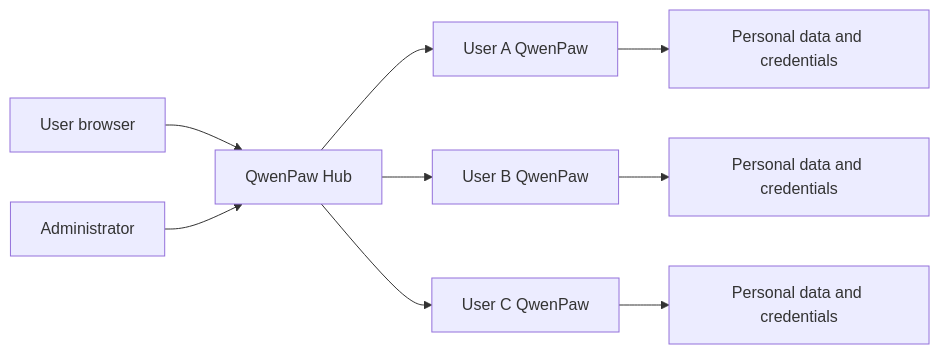
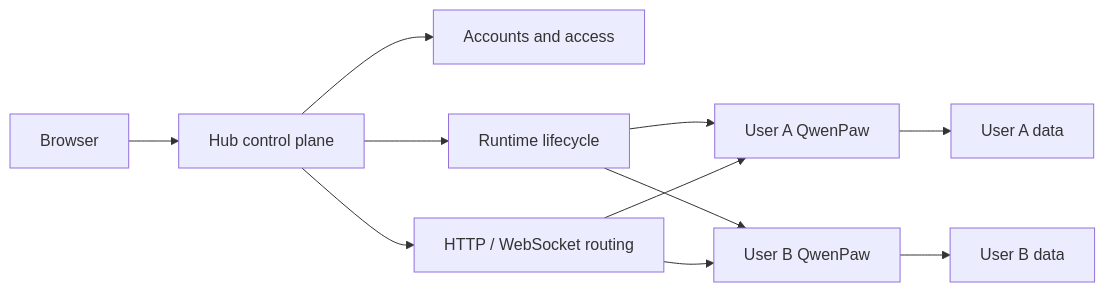
The diagram in website/public/blog/introducing-qwenpaw-hub.en.md (A-Archives-and-Forks/CoPaw), drawn with Mermaid before and after one commit. The commit also changed other lines of this file and 3 other files, not shown here.

Commit message:
feat(docs): improve QwenPaw Hub guides and announcement (#7313)

````diff
--- a/website/public/blog/introducing-qwenpaw-hub.en.md
+++ b/website/public/blog/introducing-qwenpaw-hub.en.md
@@ -28,11 +45,13 @@
 ```mermaid
 flowchart LR
-    Browser[User browser] --> Hub[QwenPaw Hub]
-    Admin[Administrator] --> Hub
-    Hub --> R1[User A QwenPaw]
-    Hub --> R2[User B QwenPaw]
-    Hub --> R3[User C QwenPaw]
-    R1 --> D1[Personal data and credentials]
-    R2 --> D2[Personal data and credentials]
-    R3 --> D3[Personal data and credentials]
+    Browser[Browser] --> Hub[Hub control plane]
+    Hub --> Auth[Accounts and access]
+    Hub --> Lifecycle[Runtime lifecycle]
+    Hub --> Proxy[HTTP / WebSocket routing]
+    Lifecycle --> R1[User A QwenPaw]
+    Lifecycle --> R2[User B QwenPaw]
+    Proxy --> R1
+    Proxy --> R2
+    R1 --> D1[User A data]
+    R2 --> D2[User B data]
 ```
````
